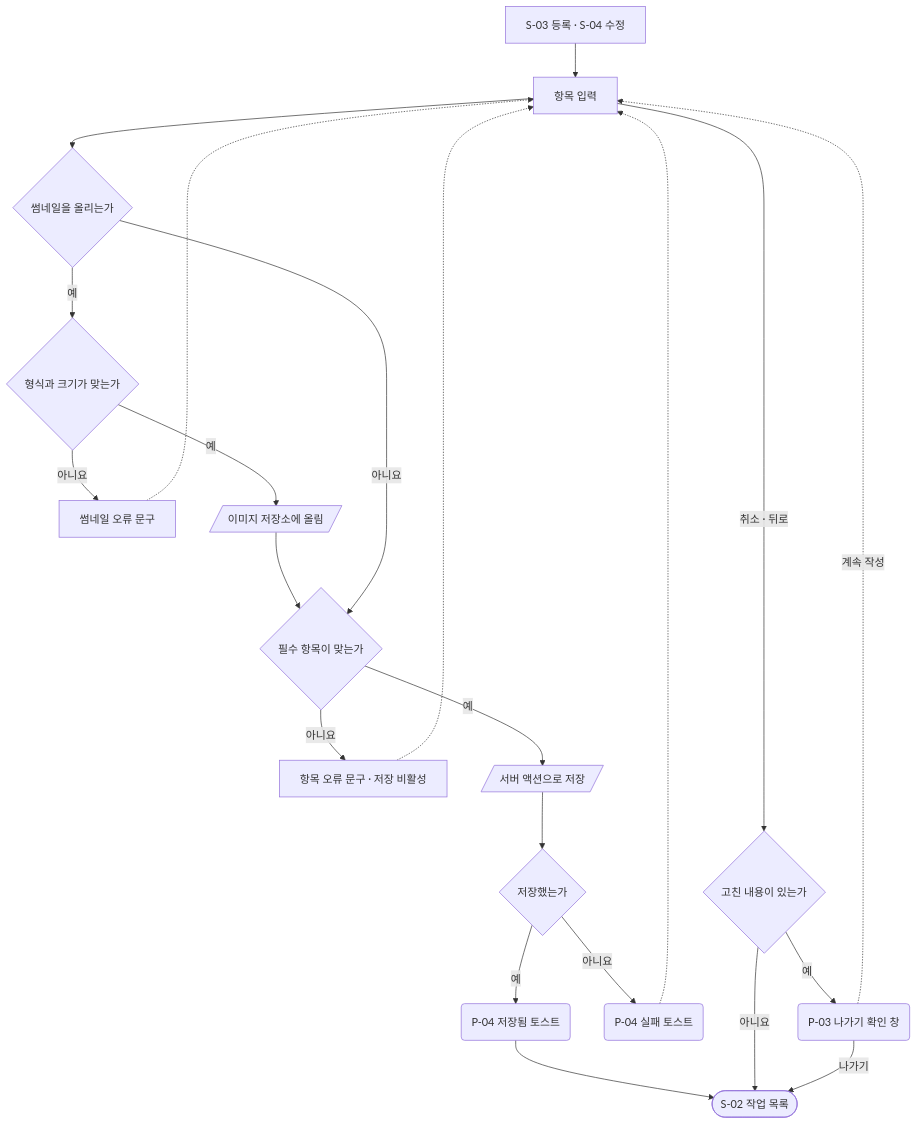
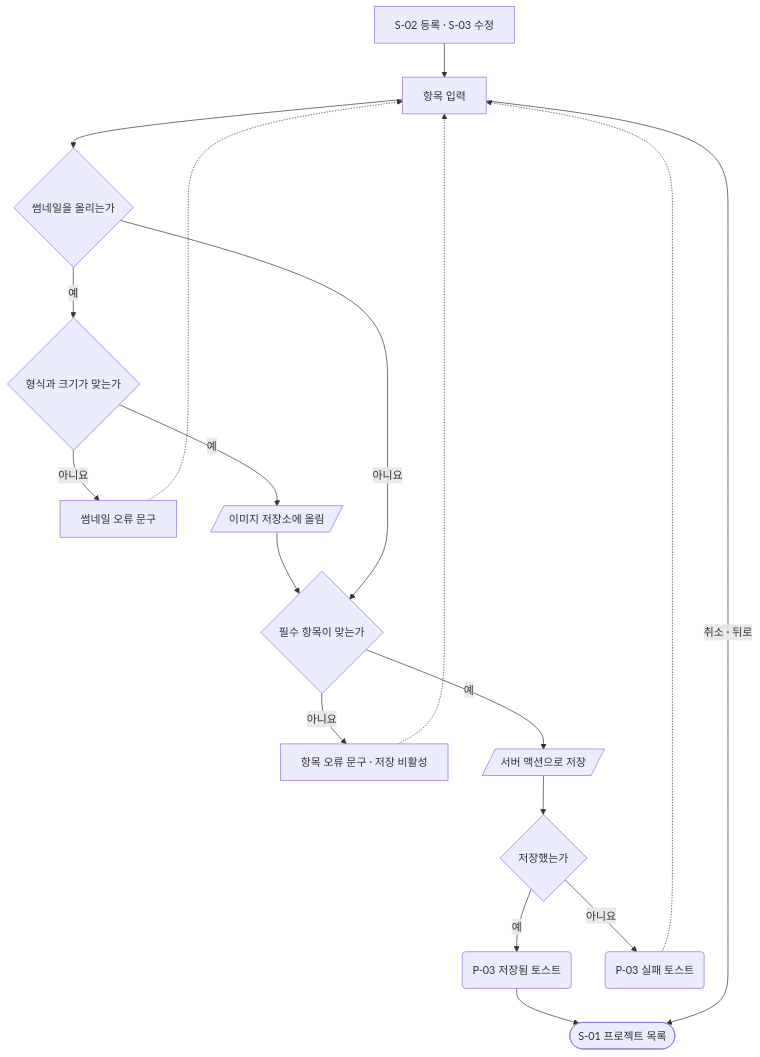
The second of 4 diagrams in docs/plan/admin/userflow.md (GUNIZZI/portfolio), drawn with Mermaid before and after one commit. The commit also changed other lines of this file and 17 other files, not shown here.

````diff
--- a/docs/plan/admin/userflow.md
+++ b/docs/plan/admin/userflow.md
@@ -48,24 +31,20 @@
 ```mermaid
 flowchart TD
-    F["S-03 등록 · S-04 수정"]:::screen --> IN["항목 입력"]:::step
+    F["S-02 등록 · S-03 수정"]:::screen --> IN["항목 입력"]:::step
     IN --> IMG{"썸네일을 올리는가"}:::decision
     IMG -->|"예"| CHK{"형식과 크기가 맞는가"}:::decision
     CHK -->|"아니요"| IE["썸네일 오류 문구"]:::warn
     IE -.-> IN
     CHK -->|"예"| UP[/"이미지 저장소에 올림"/]:::api
     UP --> V
     IMG -->|"아니요"| V{"필수 항목이 맞는가"}:::decision
     V -->|"아니요"| FE["항목 오류 문구 · 저장 비활성"]:::warn
     FE -.-> IN
     V -->|"예"| SV[/"서버 액션으로 저장"/]:::api
     SV --> R{"저장했는가"}:::decision
-    R -->|"예"| T("P-04 저장됨 토스트"):::dialog
-    R -->|"아니요"| TE("P-04 실패 토스트"):::dialog
+    R -->|"예"| T("P-03 저장됨 토스트"):::dialog
+    R -->|"아니요"| TE("P-03 실패 토스트"):::dialog
     TE -.-> IN
-    T --> LS(["S-02 작업 목록"]):::done
-    IN -->|"취소 · 뒤로"| DT{"고친 내용이 있는가"}:::decision
-    DT -->|"아니요"| LS
-    DT -->|"예"| LV("P-03 나가기 확인 창"):::dialog
-    LV -->|"나가기"| LS
-    LV -.->|"계속 작성"| IN
+    T --> LS(["S-01 프로젝트 목록"]):::done
+    IN -->|"취소 · 뒤로"| LS
 ```
````
